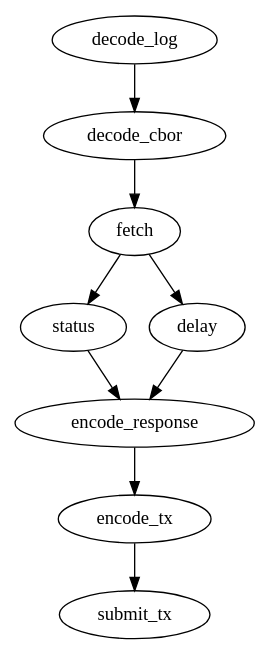
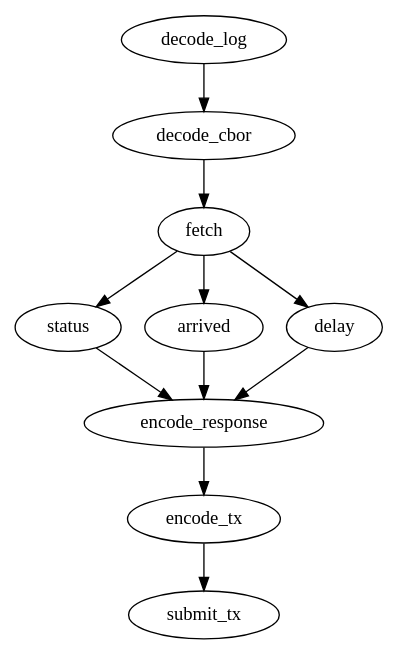
Before and after one commit to etherisc/flightdelay-oracles: the diagram in chainlink/jobs/statuses.dot, drawn with Graphviz. The commit also changed 13 other files, not shown here.

Commit message:
Migrate to new chainlink job definition / cont

```diff
--- a/chainlink/jobs/statuses.dot
+++ b/chainlink/jobs/statuses.dot
@@ -1,61 +1,66 @@
 digraph {
+//
+// Chainlink Job definition for the statuses oracle
+//
 
 // First, we parse the request log and the CBOR payload inside of it
 decode_log [
 type = "ethabidecodelog"
 abi = "OracleRequest(bytes32 indexed specId, address requester, bytes32 requestId, uint256 payment, address callbackAddr, bytes4 callbackFunctionId, uint256 cancelExpiration, uint256 dataVersion, bytes data)"
 data = "$(jobRun.logData)"
 topics = "$(jobRun.logTopics)"
 ]
 
 // The result of the following element is a map e.g. {carrier: "LH", flightNumber: "117"}
 decode_cbor [
 type = "cborparse"
 data = "$(decode_log.data)"
 ]
 
 
 // Then, we use the decoded request parameters to make an HTTP fetch
 fetch [
 type = "http"
 method = GET
 requestData = "{\"carrier\": $(decode_cbor.carrier), \"flightNumber\": $(decode_cbor.flightNumber), \"year\": $(decode_cbor.year), \"month\": $(decode_cbor.month), \"day\": $(decode_cbor.day)}"
 url = "https://fs-api.etherisc.com/api/v1/status-oracle"
 ]
 
 
 // From the fetch result, we parse out the individual elements (rating statistics)
 status [type= "jsonparse" data = "$(fetch)" path = "status"]
+arrived [type = "jsonparse" data = "$(fetch)" path = "arrived" ]
 delay [type = "jsonparse" data = "$(fetch)" path = "delay" ]
 
 
 // Finally, we send a response on-chain.
  // The abi is the abi of the fulfill function in the receiving contract.
 encode_response [
 type = "ethabiencode"
-abi = "(bytes32 requestId, uint256 status, uint256 delay)"
-data= "{\"requestId\": $(decode_log.requestId), \"status\": $(status), \"delay\": $(delay)}"
+abi = "(bytes32 requestId, uint8 status, bool arrived, uint256 delay)"
+data= "{\"requestId\": $(decode_log.requestId), \"status\": $(status), \"arrived\": $(arrived), \"delay\": $(delay)}"
 ]
 
 encode_tx [
 type = "ethabiencode"
-abi = "fulfillOracleRequest(bytes32 requestId, uint256 payment, address callbackAddress, bytes4 callbackFunctionId, uint256 expiration, bytes calldata data)"
+abi = "fulfillOracleRequest2(bytes32 requestId, uint256 payment, address callbackAddress, bytes4 callbackFunctionId, uint256 expiration, bytes calldata data)"
 data = "{\"requestId\": $(decode_log.requestId), \"payment\": $(decode_log.payment), \"callbackAddress\": $(decode_log.callbackAddr), \"callbackFunctionId\": $(decode_log.callbackFunctionId), \"expiration\": $(decode_log.cancelExpiration), \"data\": $(encode_response)}"
 ]
 
 submit_tx [
 type = "ethtx"
 to = "0xd006d393b49f89677722Ed04A26Ab83C74B1aC0e"
 data = "$(encode_tx)"
 ]
 
 // Dependency graph
 
 decode_log -> decode_cbor -> fetch
 
 fetch -> status -> encode_response
+fetch -> arrived -> encode_response
 fetch -> delay -> encode_response
 
 encode_response -> encode_tx -> submit_tx
 
 } //digraph
```
